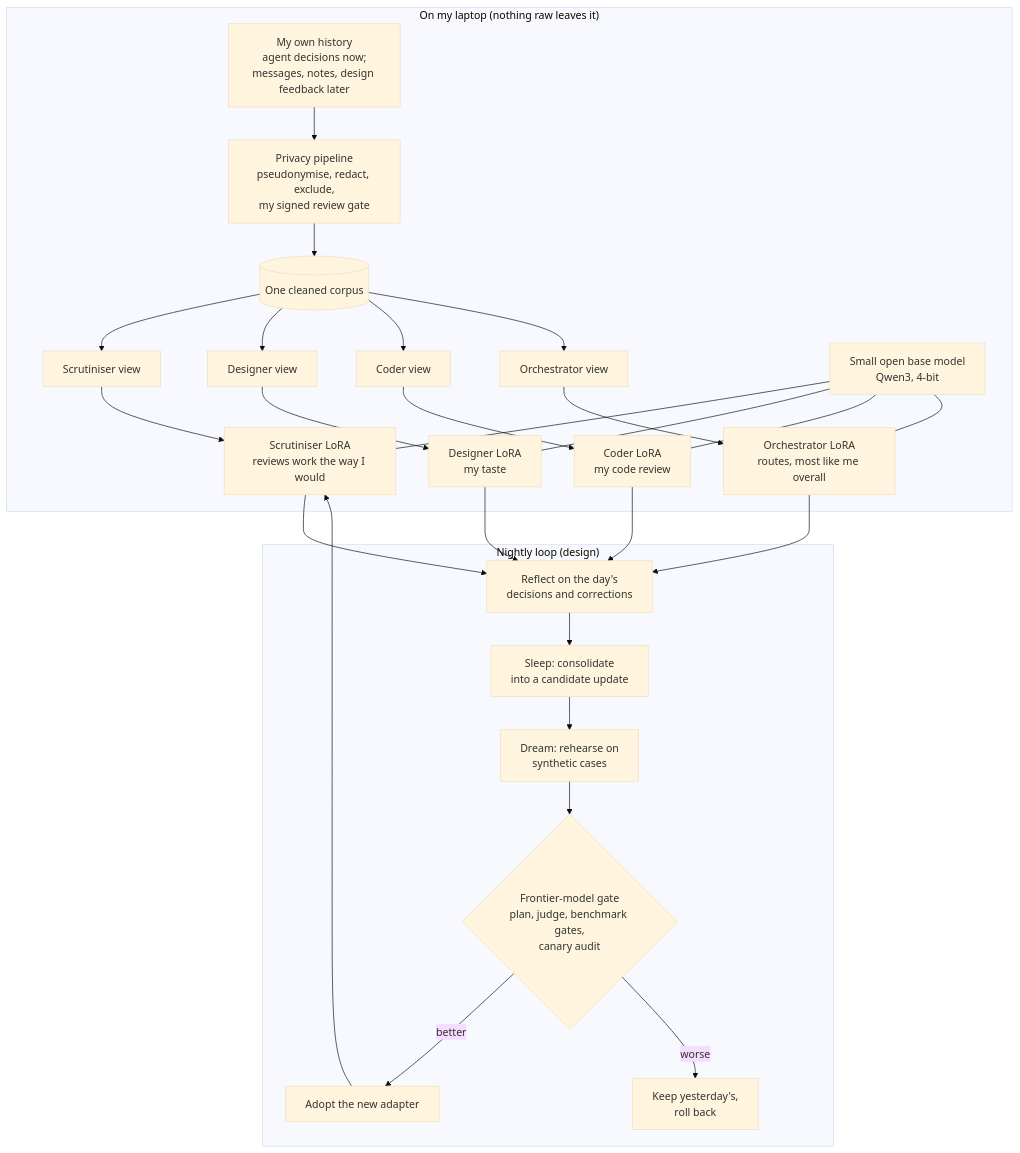
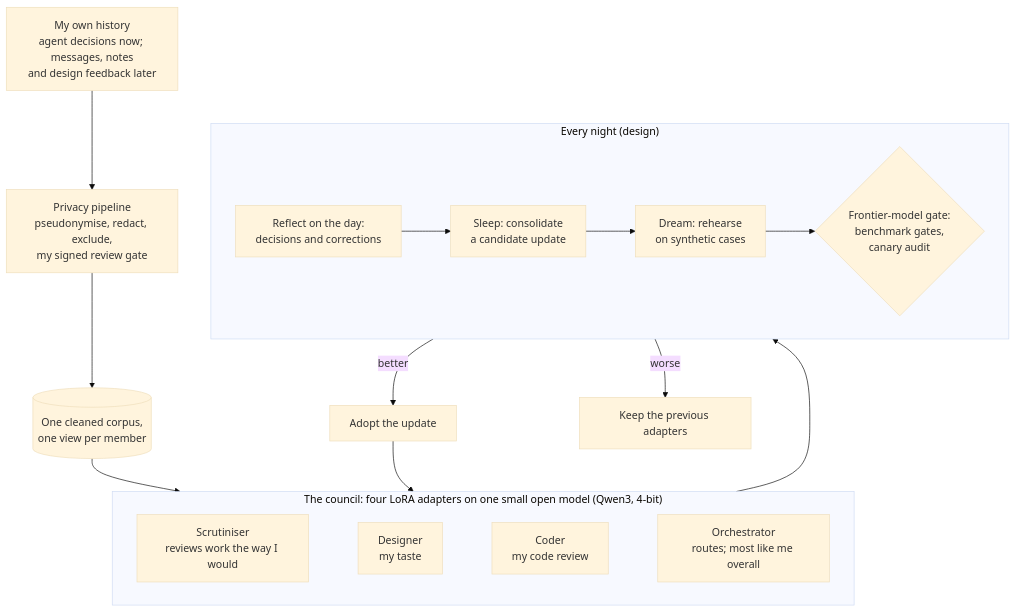
Before and after one commit to Sohwhat6420/ethan-council: the diagram in README.md, drawn with Mermaid (base theme). The commit also changed other lines of this file, not shown here.

Commit message:
README: simpler diagram, honest research and training-location wording

````diff
--- a/README.md
+++ b/README.md
@@ -64,22 +64,18 @@
 ```mermaid
 flowchart TB
-  subgraph home["On my laptop (nothing raw leaves it)"]
-    S[My own history<br/>agent decisions now;<br/>messages, notes, design feedback later] --> P[Privacy pipeline<br/>pseudonymise, redact, exclude,<br/>my signed review gate]
-    P --> C[(One cleaned corpus)]
-    C --> V1[Scrutiniser view] & V2[Designer view] & V3[Coder view] & V4[Orchestrator view]
-    B[Small open base model<br/>Qwen3, 4-bit] --- L1 & L2 & L3 & L4
-    V1 --> L1[Scrutiniser LoRA<br/>reviews work the way I would]
-    V2 --> L2[Designer LoRA<br/>my taste]
-    V3 --> L3[Coder LoRA<br/>my code review]
-    V4 --> L4[Orchestrator LoRA<br/>routes, most like me overall]
+  S["My own history<br/>agent decisions now; messages, notes<br/>and design feedback later"] --> P["Privacy pipeline<br/>pseudonymise, redact, exclude,<br/>my signed review gate"]
+  P --> C[("One cleaned corpus,<br/>one view per member")]
+  C --> council
+  subgraph council["The council: four LoRA adapters on one small open model (Qwen3, 4-bit)"]
+    direction LR
+    L1["Scrutiniser<br/>reviews work the way I would"] ~~~ L2["Designer<br/>my taste"] ~~~ L3["Coder<br/>my code review"] ~~~ L4["Orchestrator<br/>routes; most like me overall"]
   end
-  subgraph night["Nightly loop (design)"]
-    R[Reflect on the day's<br/>decisions and corrections] --> SL[Sleep: consolidate<br/>into a candidate update]
-    SL --> D[Dream: rehearse on<br/>synthetic cases]
-    D --> G{Frontier-model gate<br/>plan, judge, benchmark gates,<br/>canary audit}
-    G -- better --> U[Adopt the new adapter]
-    G -- worse --> RB[Keep yesterday's,<br/>roll back]
+  council --> night
+  subgraph night["Every night (design)"]
+    direction LR
+    R["Reflect on the day:<br/>decisions and corrections"] --> SL["Sleep: consolidate<br/>a candidate update"] --> D["Dream: rehearse<br/>on synthetic cases"] --> G{"Frontier-model gate:<br/>benchmark gates,<br/>canary audit"}
   end
-  L1 & L2 & L3 & L4 --> R
-  U --> L1
+  G -- better --> U["Adopt the update"]
+  G -- worse --> RB["Keep the previous adapters"]
+  U --> council
 ```
````
